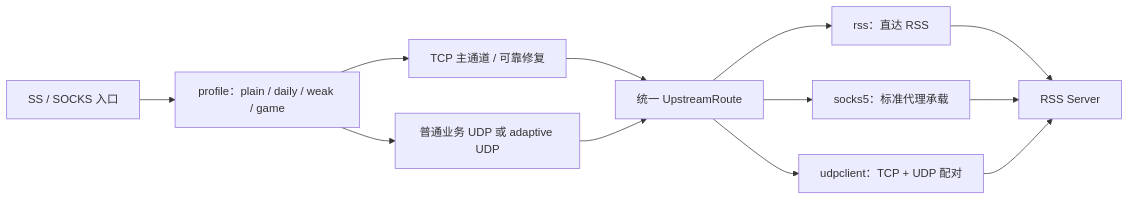
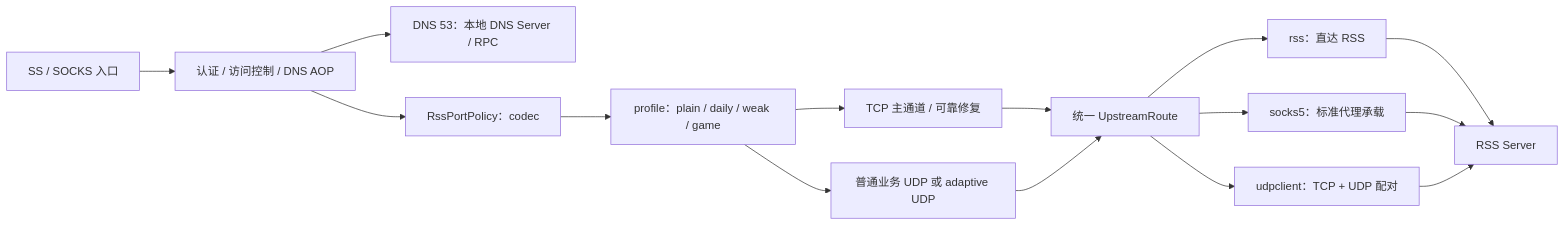
The first of 3 diagrams in docs/rss-upstream-profile-consolidation-plan.md (RockyLOMO/rxlib), drawn with Mermaid before and after one commit. The commit also changed other lines of this file, not shown here.

Commit message:
docs: unify RSS port codec policy, DNS interception and AES zlib wrapping

````diff
--- a/docs/rss-upstream-profile-consolidation-plan.md
+++ b/docs/rss-upstream-profile-consolidation-plan.md
@@ -65,14 +68,17 @@
 ```mermaid
 flowchart LR
-  A["SS / SOCKS 入口"] --> P["profile：plain / daily / weak / game"]
+  A["SS / SOCKS 入口"] --> X["认证 / 访问控制 / DNS AOP"]
+  X --> N["DNS 53：本地 DNS Server / RPC"]
+  X --> C0["RssPortPolicy：codec"]
+  C0 --> P["profile：plain / daily / weak / game"]
   P --> T["TCP 主通道 / 可靠修复"]
   P --> U["普通业务 UDP 或 adaptive UDP"]
   T --> R["统一 UpstreamRoute"]
   U --> R
   R --> D["rss：直达 RSS"]
   R --> S["socks5：标准代理承载"]
   R --> C["udpclient：TCP + UDP 配对"]
   D --> Z["RSS Server"]
   S --> Z
   C --> Z
 ```
````
